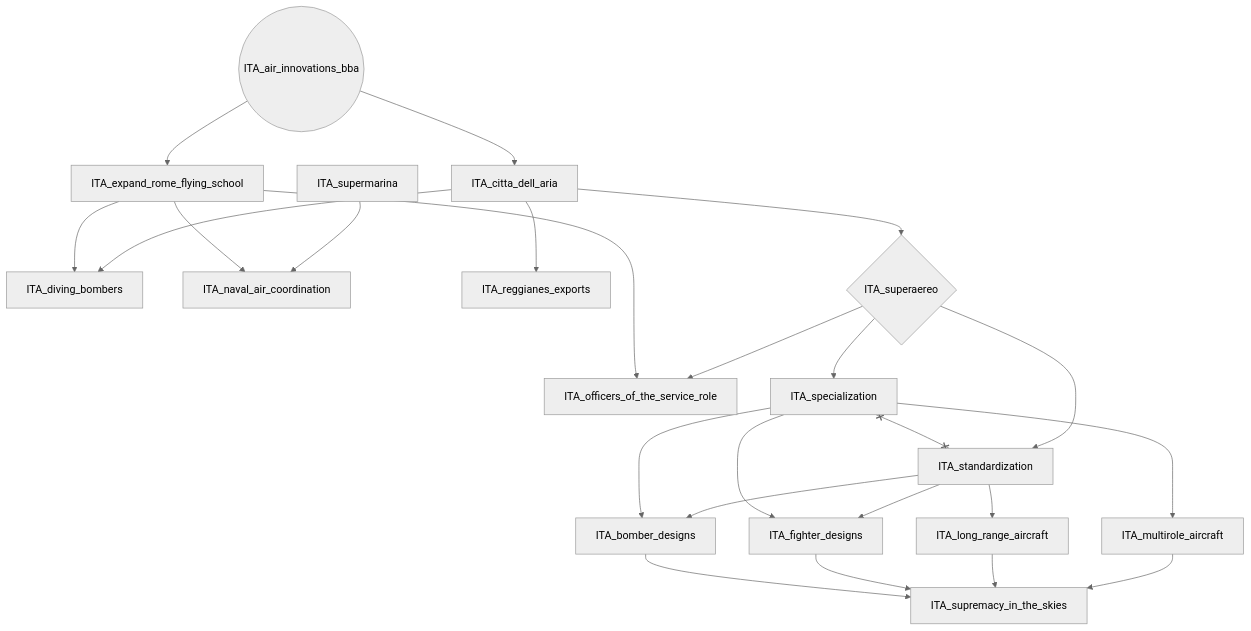
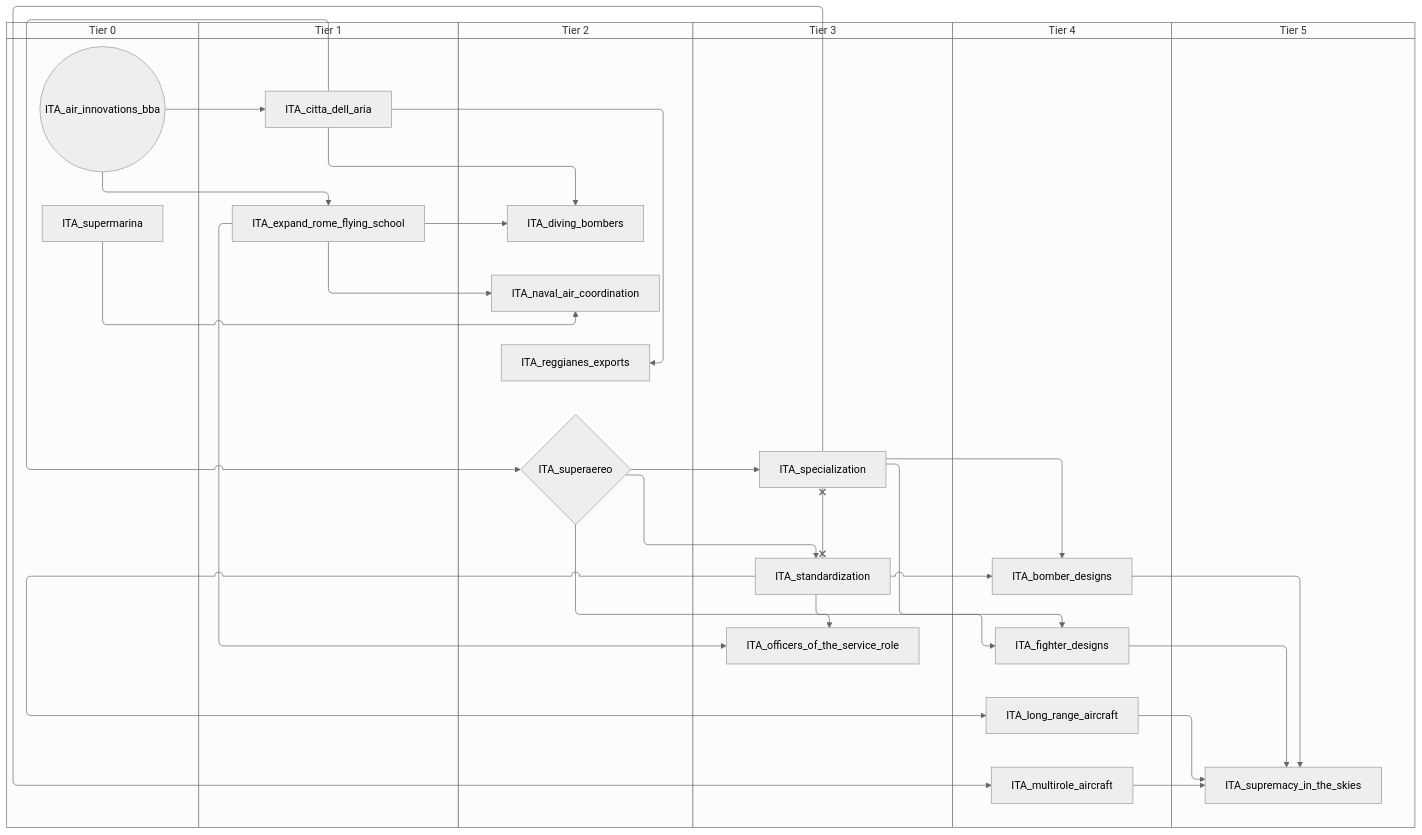
The first of 10 diagrams in docs/gdd/National Focuses/italy.md (evgeny-sobol/hoi4-sandbox-mode), drawn with Mermaid (neutral theme) before and after one commit. The commit also changed other lines of this file and 80 other files, not shown here.

First line of the commit message:
Add swimlane mode to focus graph exporter

````diff
--- a/docs/gdd/National Focuses/italy.md
+++ b/docs/gdd/National Focuses/italy.md
@@ -3,42 +3,54 @@
 ```mermaid
-flowchart TD
-    n1(("ITA_air_innovations_bba"))
-    n2["ITA_bomber_designs"]
-    n3["ITA_citta_dell_aria"]
-    n4["ITA_diving_bombers"]
-    n5["ITA_expand_rome_flying_school"]
-    n6["ITA_fighter_designs"]
-    n7["ITA_long_range_aircraft"]
-    n8["ITA_multirole_aircraft"]
-    n9["ITA_naval_air_coordination"]
-    n10["ITA_officers_of_the_service_role"]
-    n11["ITA_reggianes_exports"]
-    n12["ITA_specialization"]
-    n13["ITA_standardization"]
-    n14{"ITA_superaereo"}
-    n15["ITA_supermarina"]
-    n16["ITA_supremacy_in_the_skies"]
-    n13 --> n2
-    n12 --> n2
+swimlane-beta TD
+    subgraph tier_0["Tier 0"]
+        n1(("ITA_air_innovations_bba"))
+        n2["ITA_supermarina"]
+    end
+    subgraph tier_1["Tier 1"]
+        n3["ITA_citta_dell_aria"]
+        n4["ITA_expand_rome_flying_school"]
+    end
+    subgraph tier_2["Tier 2"]
+        n5["ITA_diving_bombers"]
+        n6["ITA_naval_air_coordination"]
+        n7["ITA_reggianes_exports"]
+        n8{"ITA_superaereo"}
+    end
+    subgraph tier_3["Tier 3"]
+        n9["ITA_officers_of_the_service_role"]
+        n10["ITA_specialization"]
+        n11["ITA_standardization"]
+    end
+    subgraph tier_4["Tier 4"]
+        n12["ITA_bomber_designs"]
+        n13["ITA_fighter_designs"]
+        n14["ITA_long_range_aircraft"]
+        n15["ITA_multirole_aircraft"]
+    end
+    subgraph tier_5["Tier 5"]
+        n16["ITA_supremacy_in_the_skies"]
+    end
+    n11 --> n12
+    n10 --> n12
     n1 --> n3
-    n3 --> n4
-    n5 --> n4
-    n1 --> n5
-    n13 --> n6
-    n12 --> n6
-    n13 --> n7
-    n12 --> n8
-    n15 --> n9
-    n5 --> n9
-    n14 --> n10
-    n5 --> n10
-    n3 --> n11
-    n14 --> n12
-    n14 --> n13
-    n3 --> n14
-    n8 --> n16
-    n7 --> n16
-    n6 --> n16
-    n2 --> n16
-    n12 x--x n13
+    n3 --> n5
+    n4 --> n5
+    n1 --> n4
+    n11 --> n13
+    n10 --> n13
+    n11 --> n14
+    n10 --> n15
+    n2 --> n6
+    n4 --> n6
+    n8 --> n9
+    n4 --> n9
+    n3 --> n7
+    n8 --> n10
+    n8 --> n11
+    n3 --> n8
+    n15 --> n16
+    n14 --> n16
+    n13 --> n16
+    n12 --> n16
+    n10 x--x n11
 ```
````
